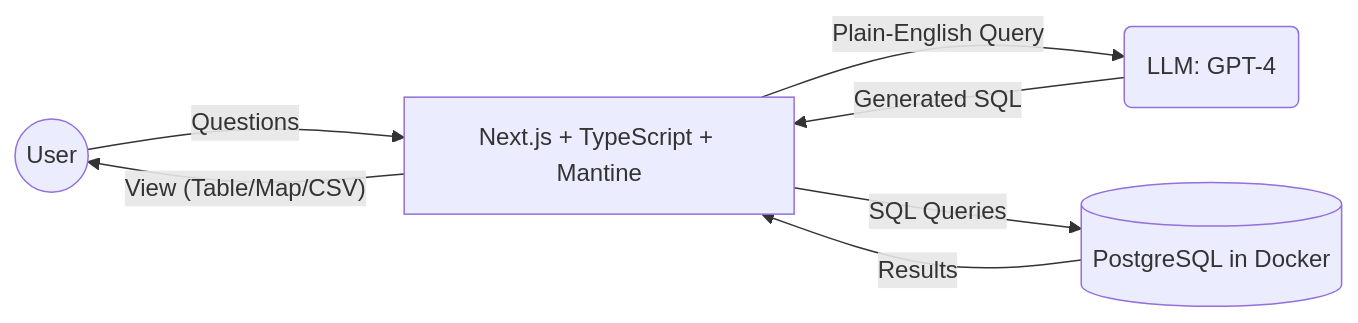
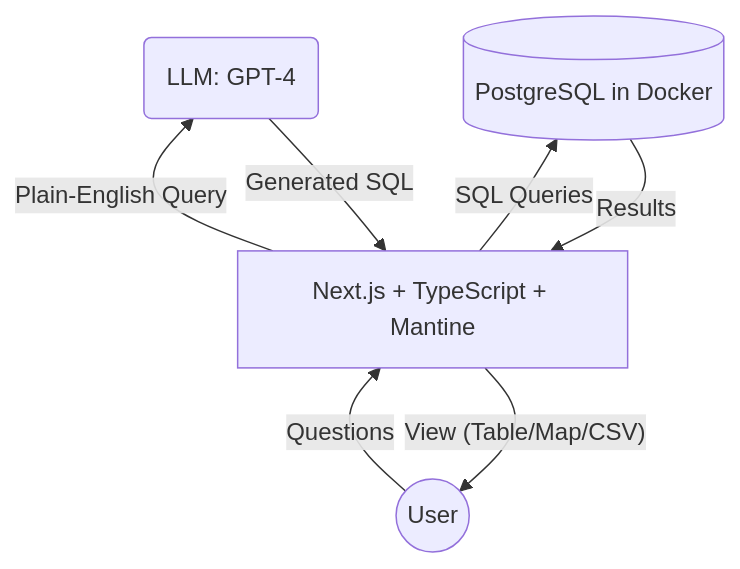
One commit to tonyfosterdev/meteorite-nlq changed the diagram in docs/TECHNICAL_DESIGN.md. Above: the diagram before and after it, drawn with Mermaid.

Commit message:
Change orientation

````diff
--- a/docs/TECHNICAL_DESIGN.md
+++ b/docs/TECHNICAL_DESIGN.md
@@ -25,9 +25,9 @@
 ```mermaid
-flowchart LR
+flowchart BT
     U((User)) -->|"Questions"| A[Next.js + TypeScript + Mantine]
     A -->|"Plain-English Query"| B(LLM: GPT-4)
     B -->|"Generated SQL"| A
     A -->|"SQL Queries"| D[(PostgreSQL in Docker)]
     D -->|"Results"| A
     A -->|"View (Table/Map/CSV)"| U((User))
 ```
````
